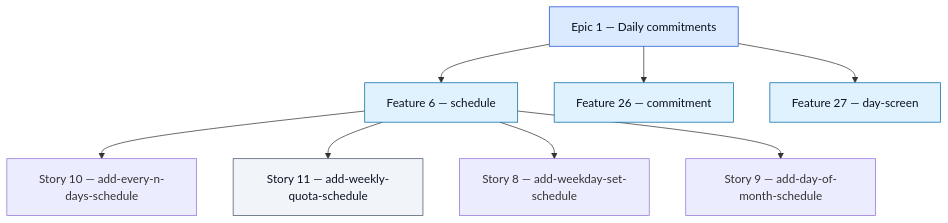
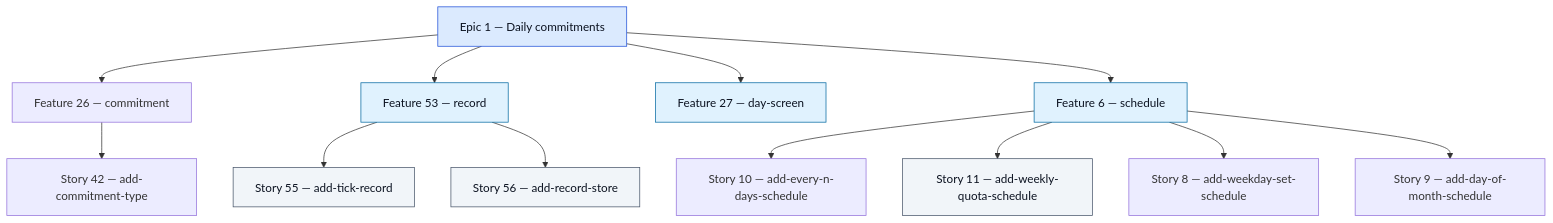
One commit to dbugmann-labs/daybyday changed the diagram in docs/graph.mmd. Above: the diagram before and after it, drawn with Mermaid. The commit also changed 4 other files, not shown here.

```diff
--- a/docs/graph.mmd
+++ b/docs/graph.mmd
@@ -1,39 +1,51 @@
 %% GENERATED FILE — do not edit. Run `pnpm run graph` to refresh.
 %% A read-only projection of the Epic → Feature → Story hierarchy in GitHub Issues.
 %% GitHub owns this state; this file only shows it (docs/adr/0002-systems-of-record.md).
 %% Green border: closed. Amber border: every child is closed, so this one is ready to close.
 %% Dashed red border: typed but no parent — a broken tracker edge.
 
 flowchart TD
   classDef epic fill:#dbeafe,stroke:#1d4ed8,color:#0b1220
   classDef feature fill:#e0f2fe,stroke:#0369a1,color:#0b1220
   classDef story fill:#f1f5f9,stroke:#475569,color:#0b1220
   classDef done stroke:#15803d,stroke-width:2px
   classDef settled stroke:#b45309,stroke-width:2px
   classDef orphan stroke:#b91c1c,stroke-width:3px,stroke-dasharray:4 3
 
   I1["Epic 1 — Daily commitments"]
   I6["Feature 6 — schedule"]
   I8["Story 8 — add-weekday-set-schedule"]
   I9["Story 9 — add-day-of-month-schedule"]
   I10["Story 10 — add-every-n-days-schedule"]
   I11["Story 11 — add-weekly-quota-schedule"]
   I26["Feature 26 — commitment"]
   I27["Feature 27 — day-screen"]
+  I42["Story 42 — add-commitment-type"]
+  I53["Feature 53 — record"]
+  I55["Story 55 — add-tick-record"]
+  I56["Story 56 — add-record-store"]
 
   I1 --> I26
   I1 --> I27
+  I1 --> I53
   I1 --> I6
+  I26 --> I42
+  I53 --> I55
+  I53 --> I56
   I6 --> I10
   I6 --> I11
   I6 --> I8
   I6 --> I9
 
   class I1 epic
   class I6 feature
   class I8 story,done
   class I9 story,done
   class I10 story,done
   class I11 story
-  class I26 feature
+  class I26 feature,done
   class I27 feature
+  class I42 story,done
+  class I53 feature
+  class I55 story
+  class I56 story
```
